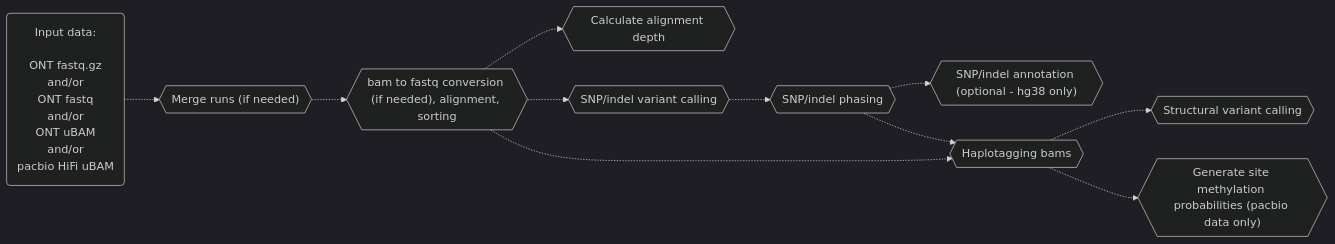
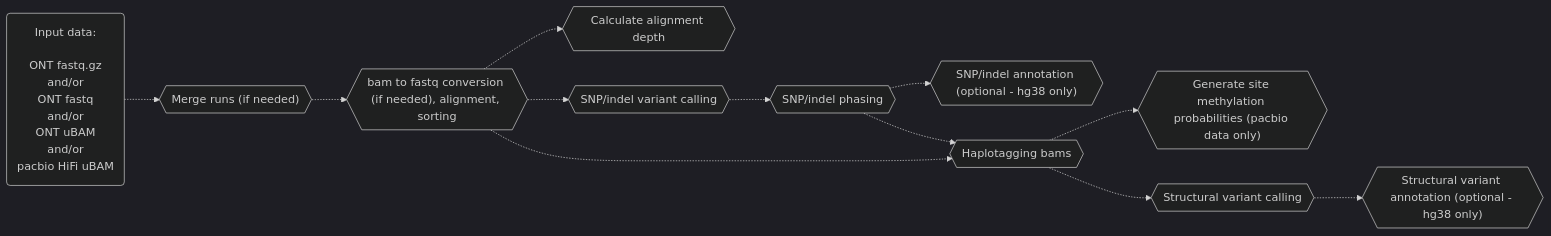
Before and after one commit to leahkemp/pipeface: the first of 2 diagrams in README.md, drawn with Mermaid. The commit also changed other lines of this file and 4 other files, not shown here.

````diff
--- a/README.md
+++ b/README.md
@@ -17,22 +17,24 @@
 ```mermaid
 %%{init: {'theme':'dark'}}%%
 flowchart LR
 
 input_data("Input data: <br><br> ONT fastq.gz <br> and/or <br> ONT fastq <br> and/or <br> ONT uBAM <br> and/or <br> pacbio HiFi uBAM")
 merging{{"Merge runs (if needed)"}}
 alignment{{"bam to fastq conversion (if needed), alignment, sorting"}}
 depth{{"Calculate alignment depth"}}
 snp_indel_calling{{"SNP/indel variant calling"}}
 snp_indel_phasing{{"SNP/indel phasing"}}
 snp_indel_annotation{{"SNP/indel annotation (optional - hg38 only)"}}
 haplotagging{{"Haplotagging bams"}}
 generate_meth_probs{{"Generate site methylation probabilities (pacbio data only)"}}
 sv_calling{{"Structural variant calling"}}
+sv_annotation{{"Structural variant annotation (optional - hg38 only)"}}
 
 input_data-.->merging-.->alignment-.->snp_indel_calling-.->snp_indel_phasing-.->haplotagging-.->sv_calling
 alignment-.->depth
 alignment-.->haplotagging
 haplotagging-.->generate_meth_probs
 snp_indel_phasing-.->snp_indel_annotation
+sv_calling-.->sv_annotation
 
 ```
````
